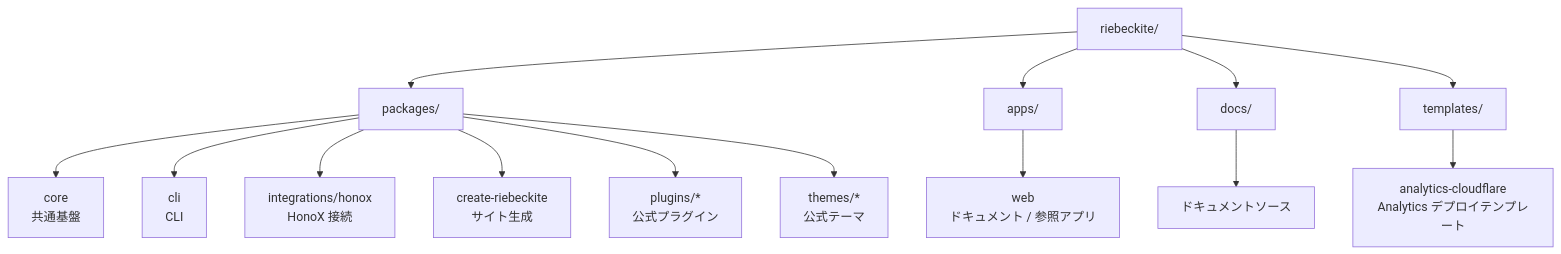
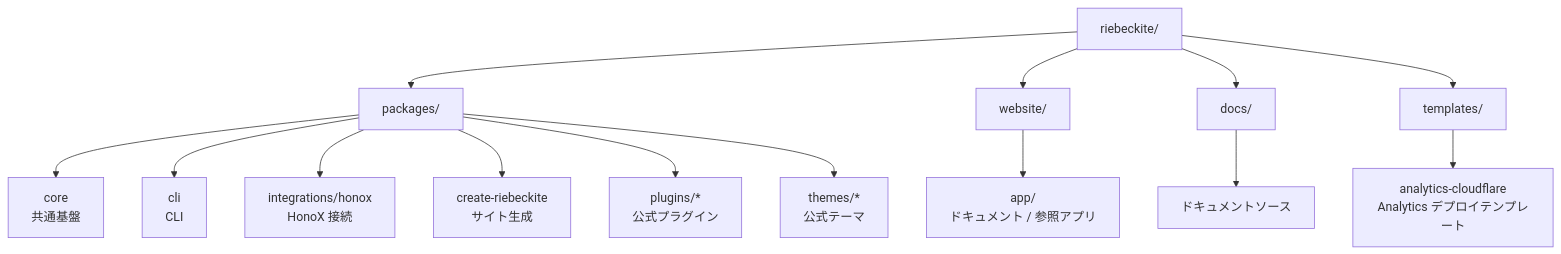
Before and after one commit to Rerurate514/riebeckite: the diagram in docs/docs/framework/development/setup.ja.md, drawn with Mermaid. The commit also changed other lines of this file and 125 other files, not shown here.

````diff
--- a/docs/docs/framework/development/setup.ja.md
+++ b/docs/docs/framework/development/setup.ja.md
@@ -37,20 +37,20 @@
 ```mermaid id="7xv9qn"
 flowchart TD
     Repo["riebeckite/"]
 
     Repo --> Packages["packages/"]
-    Repo --> Apps["apps/"]
+    Repo --> Website["website/"]
     Repo --> Docs["docs/"]
     Repo --> Templates["templates/"]
 
     Packages --> Core["core<br/>共通基盤"]
     Packages --> CLI["cli<br/>CLI"]
     Packages --> Integration["integrations/honox<br/>HonoX 接続"]
     Packages --> Create["create-riebeckite<br/>サイト生成"]
     Packages --> Plugins["plugins/*<br/>公式プラグイン"]
     Packages --> Themes["themes/*<br/>公式テーマ"]
 
-    Apps --> Web["web<br/>ドキュメント / 参照アプリ"]
+    Website --> Web["app/<br/>ドキュメント / 参照アプリ"]
     Docs --> DocSource["ドキュメントソース"]
     Templates --> Analytics["analytics-cloudflare<br/>Analytics デプロイテンプレート"]
 ```
````
